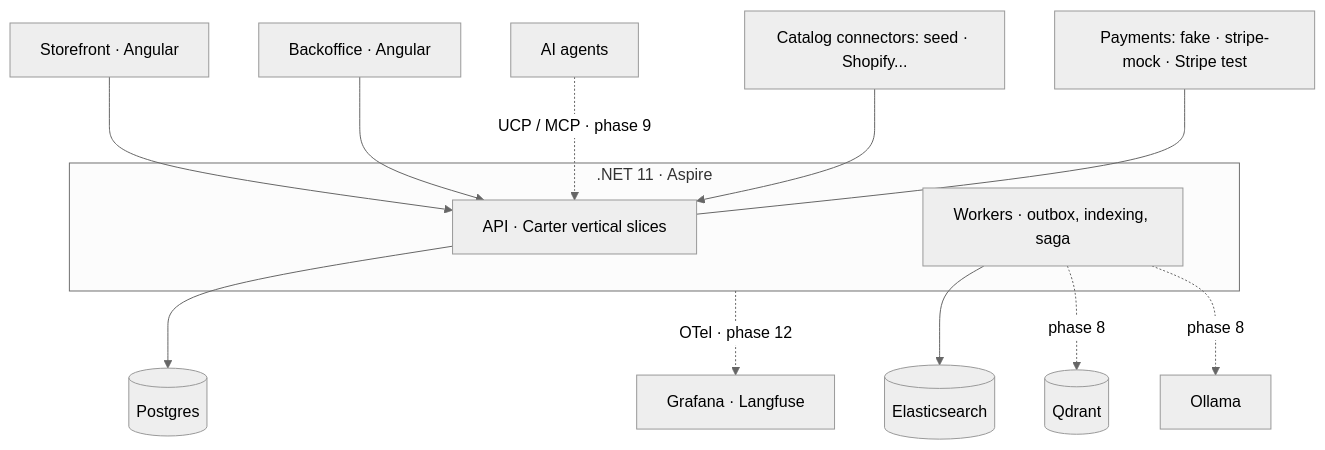
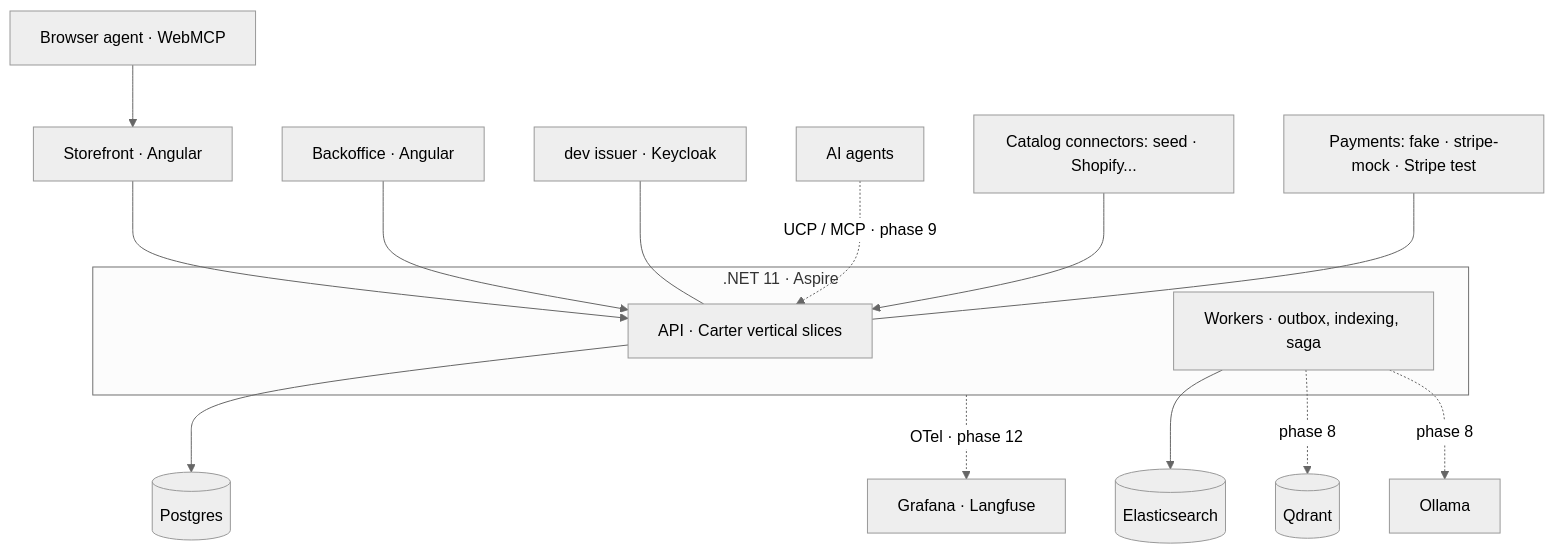
One commit to juanluelguerre/tendero changed the diagram in README.md. Above: the diagram before and after it, drawn with Mermaid (neutral theme). The commit also changed other lines of this file and 19 other files, not shown here.

````diff
--- a/README.md
+++ b/README.md
@@ -53,17 +57,19 @@
 ```mermaid
 flowchart TB
+    WM[Browser agent · WebMCP] --> SF
     SF[Storefront · Angular] --> API
     BO[Backoffice · Angular] --> API
+    IDP[dev issuer · Keycloak] --- API
     AG[AI agents] -.->|UCP / MCP · phase 9| API
     subgraph Backend [.NET 11 · Aspire]
         API[API · Carter vertical slices]
         WK[Workers · outbox, indexing, saga]
     end
     API --> PG[(Postgres)]
     WK --> ES[(Elasticsearch)]
     WK -.->|phase 8| QD[(Qdrant)]
     WK -.->|phase 8| OL[Ollama]
     Backend -.->|OTel · phase 12| OBS[Grafana · Langfuse]
     EXT[Catalog connectors: seed · Shopify...] --> API
     PAY[Payments: fake · stripe-mock · Stripe test] --- API
 ```
````
